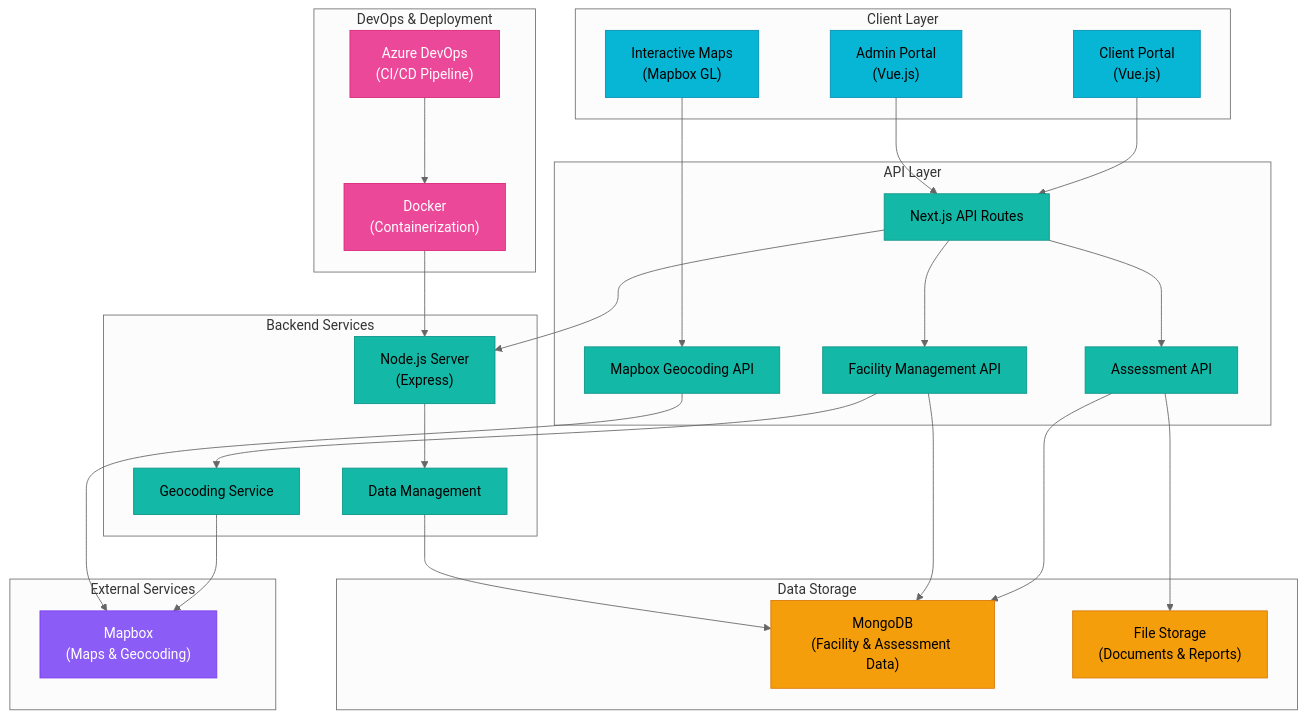
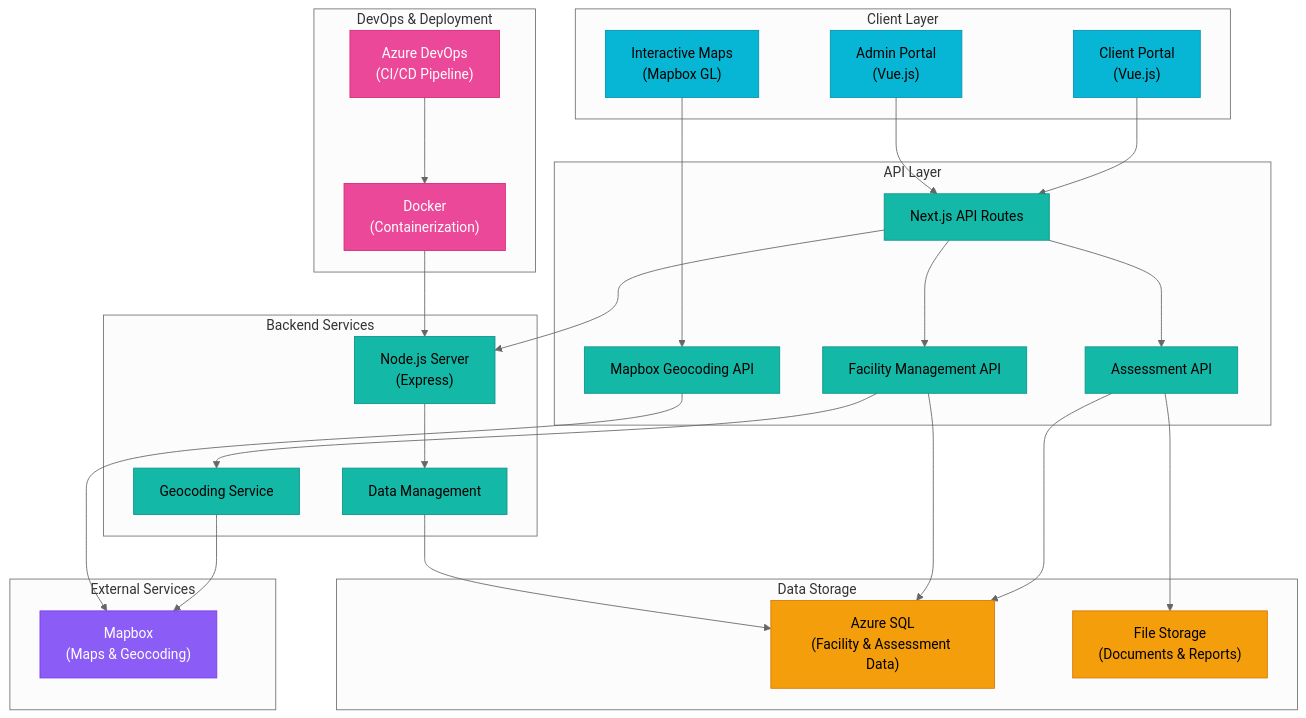
Before and after one commit to d4vid4nderson/fullstackvibes: the diagram in public/diagrams/facility_vue.mmd, drawn with Mermaid (neutral theme). The commit also changed 6 other files, not shown here.

First line of the commit message:
refactor: replace MongoDB with Azure SQL across codebase

```diff
--- a/public/diagrams/facility_vue.mmd
+++ b/public/diagrams/facility_vue.mmd
@@ -1,67 +1,67 @@
 graph TB
     subgraph "Client Layer"
         AdminUI["Admin Portal<br/>(Vue.js)"]
         ClientUI["Client Portal<br/>(Vue.js)"]
         MapView["Interactive Maps<br/>(Mapbox GL)"]
     end
 
     subgraph "API Layer"
         NextAPI["Next.js API Routes"]
         MapboxAPI["Mapbox Geocoding API"]
         FacilityAPI["Facility Management API"]
         AssessmentAPI["Assessment API"]
     end
 
     subgraph "Backend Services"
         NodeServer["Node.js Server<br/>(Express)"]
         GeoService["Geocoding Service"]
         DataService["Data Management"]
     end
 
     subgraph "Data Storage"
-        MongoDB["MongoDB<br/>(Facility & Assessment Data)"]
+        AzureSQL["Azure SQL<br/>(Facility & Assessment Data)"]
         FileStorage["File Storage<br/>(Documents & Reports)"]
     end
 
     subgraph "External Services"
         MapboxService["Mapbox<br/>(Maps & Geocoding)"]
     end
 
     subgraph "DevOps & Deployment"
         Azure["Azure DevOps<br/>(CI/CD Pipeline)"]
         Docker["Docker<br/>(Containerization)"]
     end
 
     AdminUI --> NextAPI
     ClientUI --> NextAPI
     MapView --> MapboxAPI
 
     NextAPI --> FacilityAPI
     NextAPI --> AssessmentAPI
     NextAPI --> NodeServer
 
     MapboxAPI --> MapboxService
     FacilityAPI --> GeoService
     GeoService --> MapboxService
 
     NodeServer --> DataService
-    DataService --> MongoDB
+    DataService --> AzureSQL
 
-    FacilityAPI --> MongoDB
-    AssessmentAPI --> MongoDB
+    FacilityAPI --> AzureSQL
+    AssessmentAPI --> AzureSQL
     AssessmentAPI --> FileStorage
 
     Azure --> Docker
     Docker --> NodeServer
 
     classDef frontend fill:#06b6d4,stroke:#0891b2,color:#000
     classDef backend fill:#14b8a6,stroke:#0d9488,color:#000
     classDef storage fill:#f59e0b,stroke:#d97706,color:#000
     classDef external fill:#8b5cf6,stroke:#7c3aed,color:#fff
     classDef devops fill:#ec4899,stroke:#db2777,color:#fff
 
     class AdminUI,ClientUI,MapView frontend
     class NextAPI,MapboxAPI,FacilityAPI,AssessmentAPI,NodeServer,GeoService,DataService backend
-    class MongoDB,FileStorage storage
+    class AzureSQL,FileStorage storage
     class MapboxService external
     class Azure,Docker devops
```
